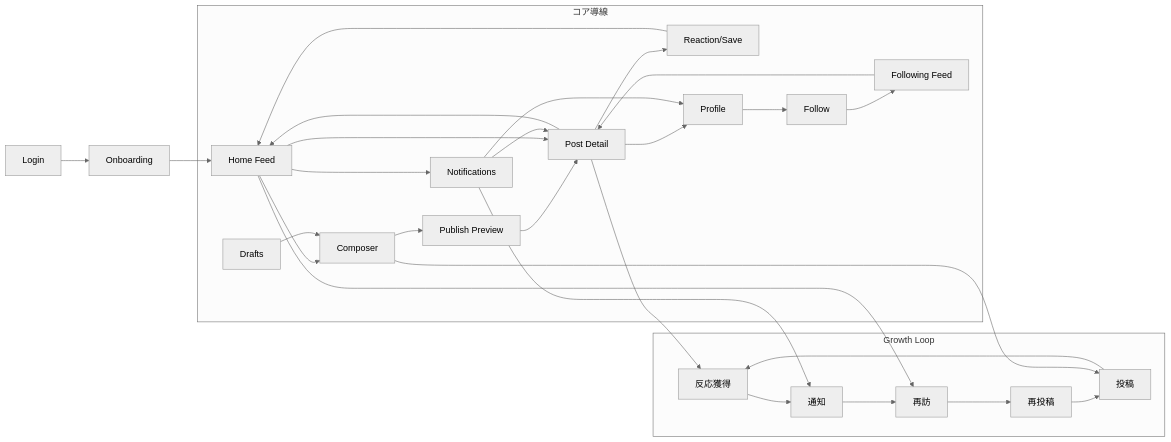
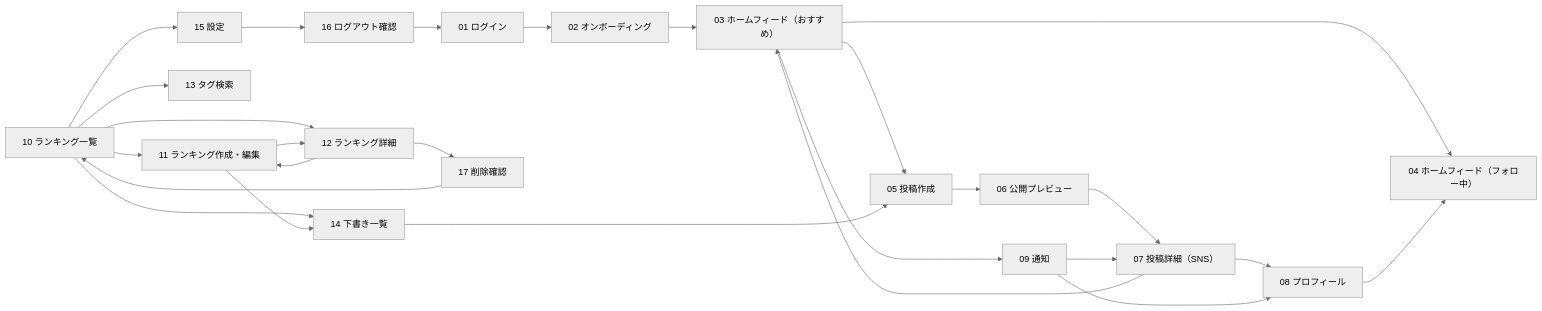
Before and after one commit to 777AI777/Development-practice: the diagram in okiny-web/docs/screen-transition.md, drawn with Mermaid (neutral theme). The commit also changed other lines of this file and 4 other files, not shown here.

````diff
--- a/okiny-web/docs/screen-transition.md
+++ b/okiny-web/docs/screen-transition.md
@@ -72,40 +29,30 @@
 ```mermaid
 flowchart LR
-  login["Login"] --> onboarding["Onboarding"]
-  onboarding --> home["Home Feed"]
+  L01["01 ログイン"] --> L02["02 オンボーディング"]
+  L02 --> L03["03 ホームフィード（おすすめ）"]
+  L03 --> L04["04 ホームフィード（フォロー中）"]
+  L03 --> L05["05 投稿作成"]
+  L05 --> L06["06 公開プレビュー"]
+  L06 --> L07["07 投稿詳細（SNS）"]
+  L07 --> L03
+  L07 --> L08["08 プロフィール"]
+  L03 --> L09["09 通知"]
+  L09 --> L07
+  L09 --> L08
 
-  subgraph Core["コア導線"]
-    home --> composer["Composer"]
-    composer --> preview["Publish Preview"]
-    preview --> post["Post Detail"]
-    post --> home
+  L10["10 ランキング一覧"] --> L11["11 ランキング作成・編集"]
+  L10 --> L12["12 ランキング詳細"]
+  L10 --> L13["13 タグ検索"]
+  L10 --> L14["14 下書き一覧"]
+  L10 --> L15["15 設定"]
+  L11 --> L12
+  L11 --> L14
+  L12 --> L11
+  L12 --> L17["17 削除確認"]
+  L17 --> L10
+  L15 --> L16["16 ログアウト確認"]
+  L16 --> L01
 
-    home --> post
-    post --> reaction["Reaction/Save"]
-    reaction --> home
-
-    post --> profile["Profile"]
-    profile --> follow["Follow"]
-    follow --> following["Following Feed"]
-    following --> post
-
-    home --> noti["Notifications"]
-    noti --> post
-    noti --> profile
-    drafts["Drafts"] --> composer
-  end
-
-  subgraph Loop["Growth Loop"]
-    g1["投稿"]
-    g2["反応獲得"]
-    g3["通知"]
-    g4["再訪"]
-    g5["再投稿"]
-    g1 --> g2 --> g3 --> g4 --> g5 --> g1
-  end
-
-  post --> g2
-  noti --> g3
-  home --> g4
-  composer --> g1
+  L14 --> L05
+  L08 --> L04
 ```
````
